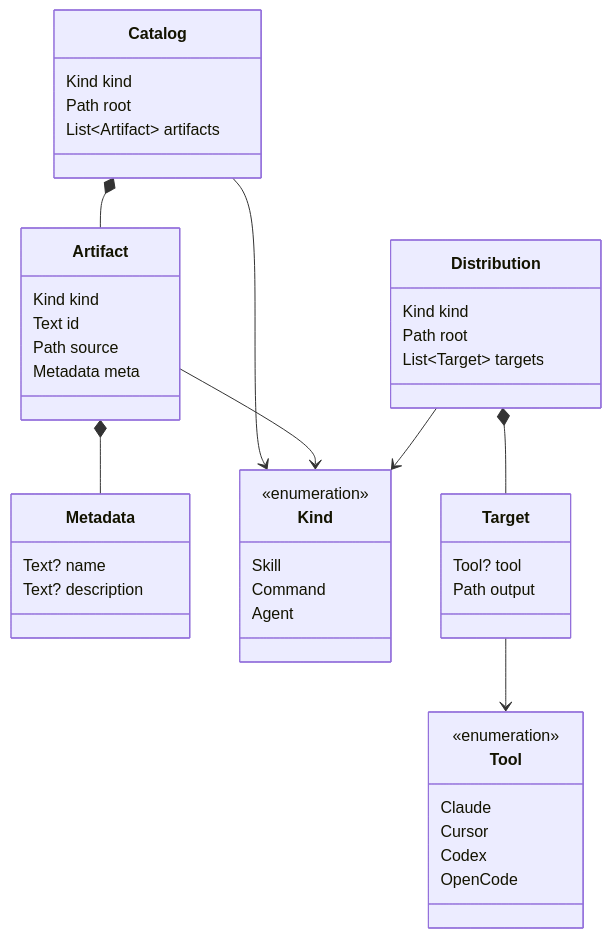
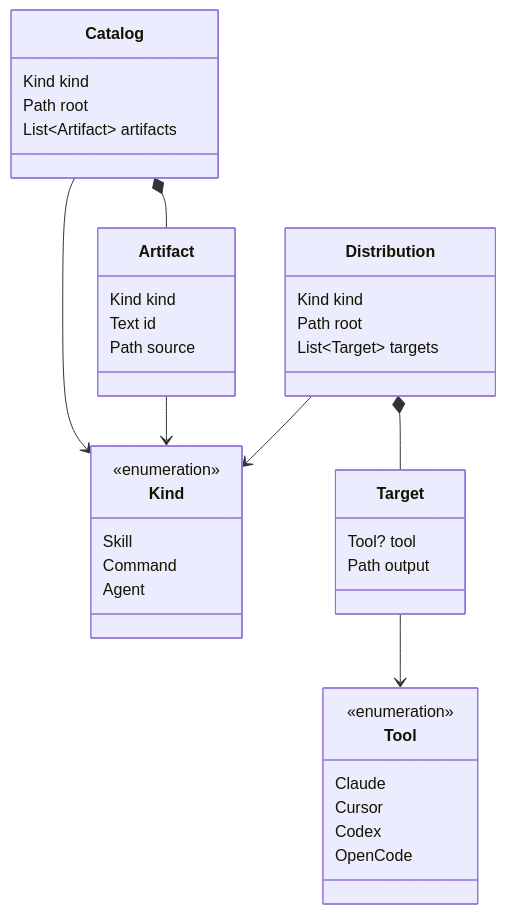
The second of 2 diagrams in docs/specs/domain-model.md (yliapis/agent-tool-box), drawn with Mermaid before and after one commit. The commit also changed other lines of this file, not shown here.

First line of the commit message:
docs(specs): drop Artifact metadata

````diff
--- a/docs/specs/domain-model.md
+++ b/docs/specs/domain-model.md
@@ -95,48 +93,42 @@
 ```mermaid
 classDiagram
   class Catalog {
     Kind kind
     Path root
     List~Artifact~ artifacts
   }
   class Artifact {
     Kind kind
     Text id
     Path source
-    Metadata meta
-  }
-  class Metadata {
-    Text? name
-    Text? description
   }
   class Kind {
     <<enumeration>>
     Skill
     Command
     Agent
   }
   class Tool {
     <<enumeration>>
     Claude
     Cursor
     Codex
     OpenCode
   }
   class Distribution {
     Kind kind
     Path root
     List~Target~ targets
   }
   class Target {
     Tool? tool
     Path output
   }
 
   Catalog --> Kind
   Catalog *-- Artifact
   Artifact --> Kind
-  Artifact *-- Metadata
   Distribution --> Kind
   Distribution *-- Target
   Target --> Tool
 ```
````
